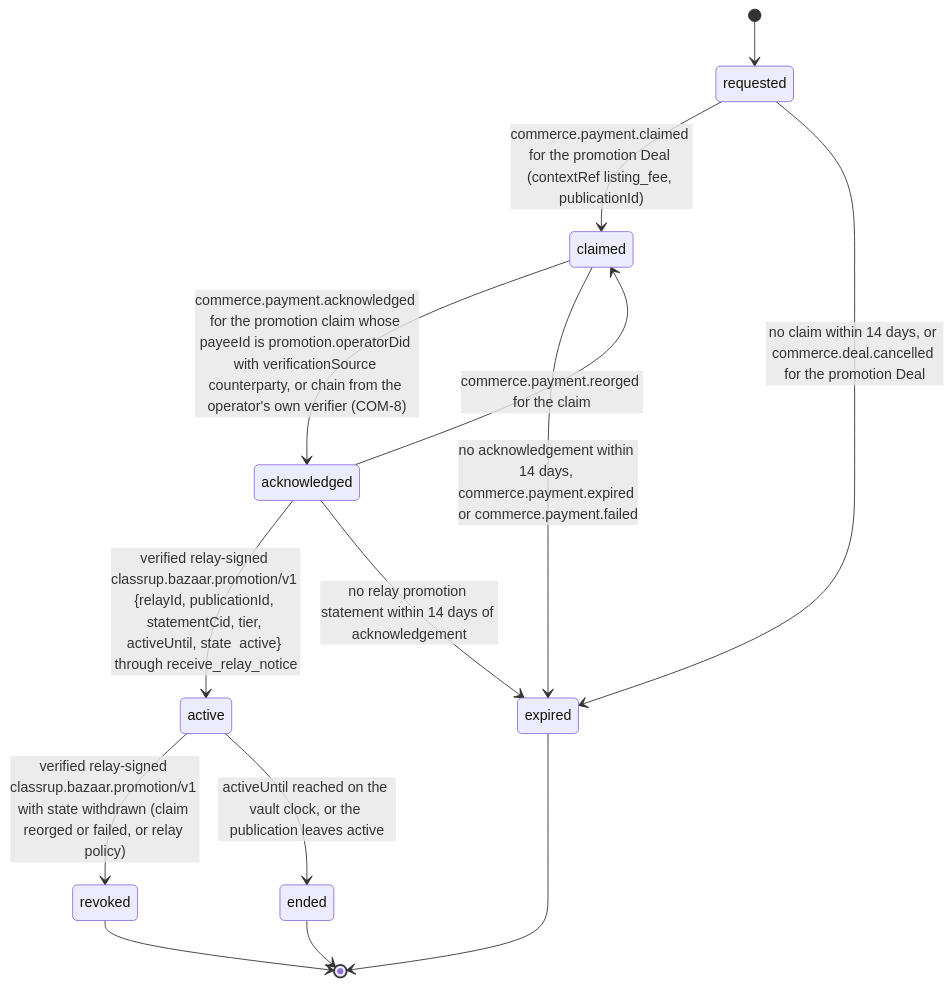
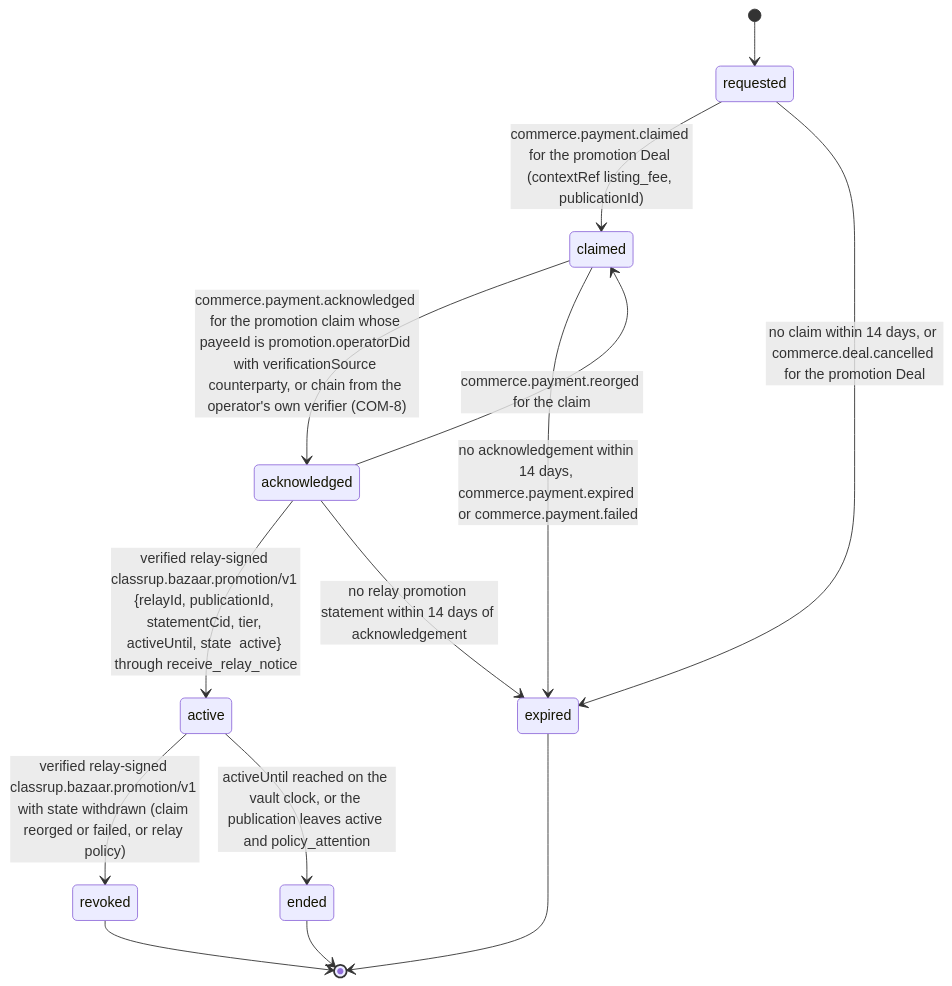
The second of 2 diagrams in 01_LocalBazaar/01_listings/mod_publish/workflow_state_machine.md (djshellshoxxx/CLASSifiedisRUPTed), drawn with Mermaid before and after one commit. The commit also changed other lines of this file and 53 other files, not shown here.

````diff
--- a/01_LocalBazaar/01_listings/mod_publish/workflow_state_machine.md
+++ b/01_LocalBazaar/01_listings/mod_publish/workflow_state_machine.md
@@ -70,16 +83,16 @@
 ```mermaid
 stateDiagram-v2
   [*] --> requested
   requested --> claimed: commerce.payment.claimed for the promotion Deal (contextRef listing_fee, publicationId)
   claimed --> acknowledged: commerce.payment.acknowledged for the promotion claim whose payeeId is promotion.operatorDid with verificationSource counterparty, or chain from the operator's own verifier (COM-8)
   acknowledged --> claimed: commerce.payment.reorged for the claim
   acknowledged --> active: verified relay-signed classrup.bazaar.promotion/v1 {relayId, publicationId, statementCid, tier, activeUntil, state  active} through receive_relay_notice
   active --> revoked: verified relay-signed classrup.bazaar.promotion/v1 with state withdrawn (claim reorged or failed, or relay policy)
-  active --> ended: activeUntil reached on the vault clock, or the publication leaves active
+  active --> ended: activeUntil reached on the vault clock, or the publication leaves active and policy_attention
   requested --> expired: no claim within 14 days, or commerce.deal.cancelled for the promotion Deal
   claimed --> expired: no acknowledgement within 14 days, commerce.payment.expired or commerce.payment.failed
   acknowledged --> expired: no relay promotion statement within 14 days of acknowledgement
   revoked --> [*]
   ended --> [*]
   expired --> [*]
 ```
````
